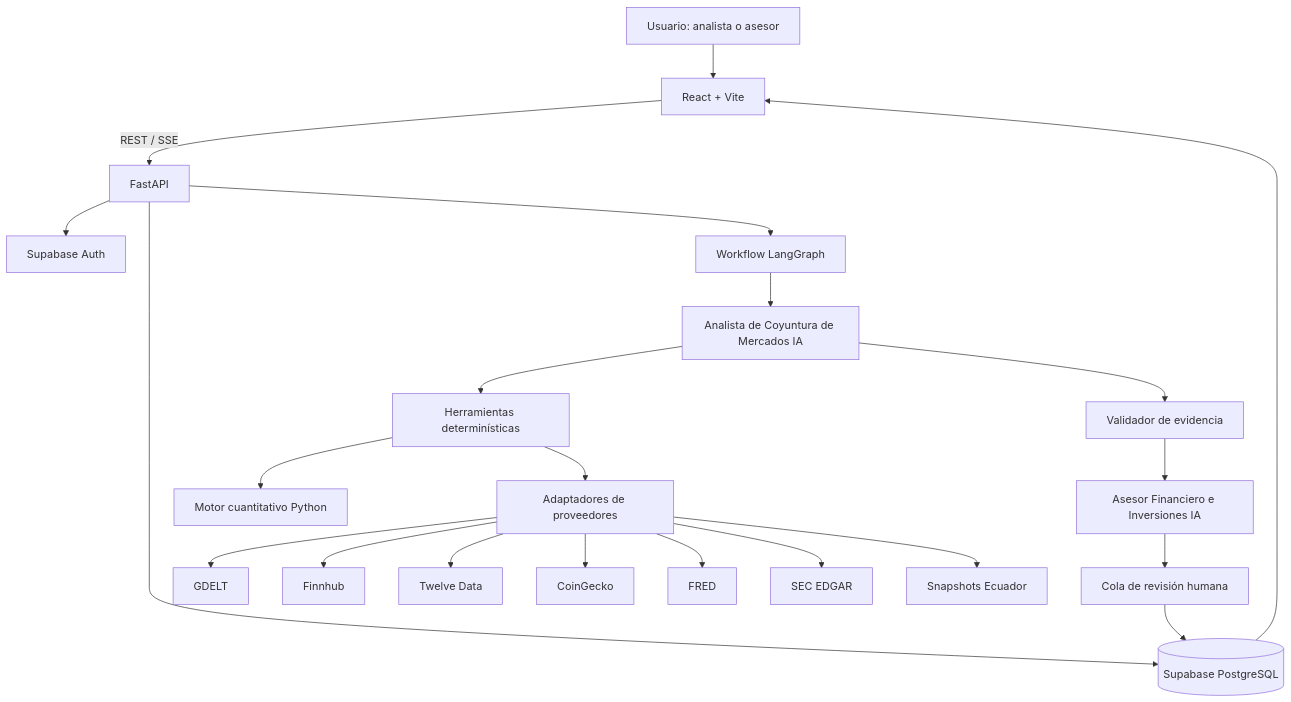
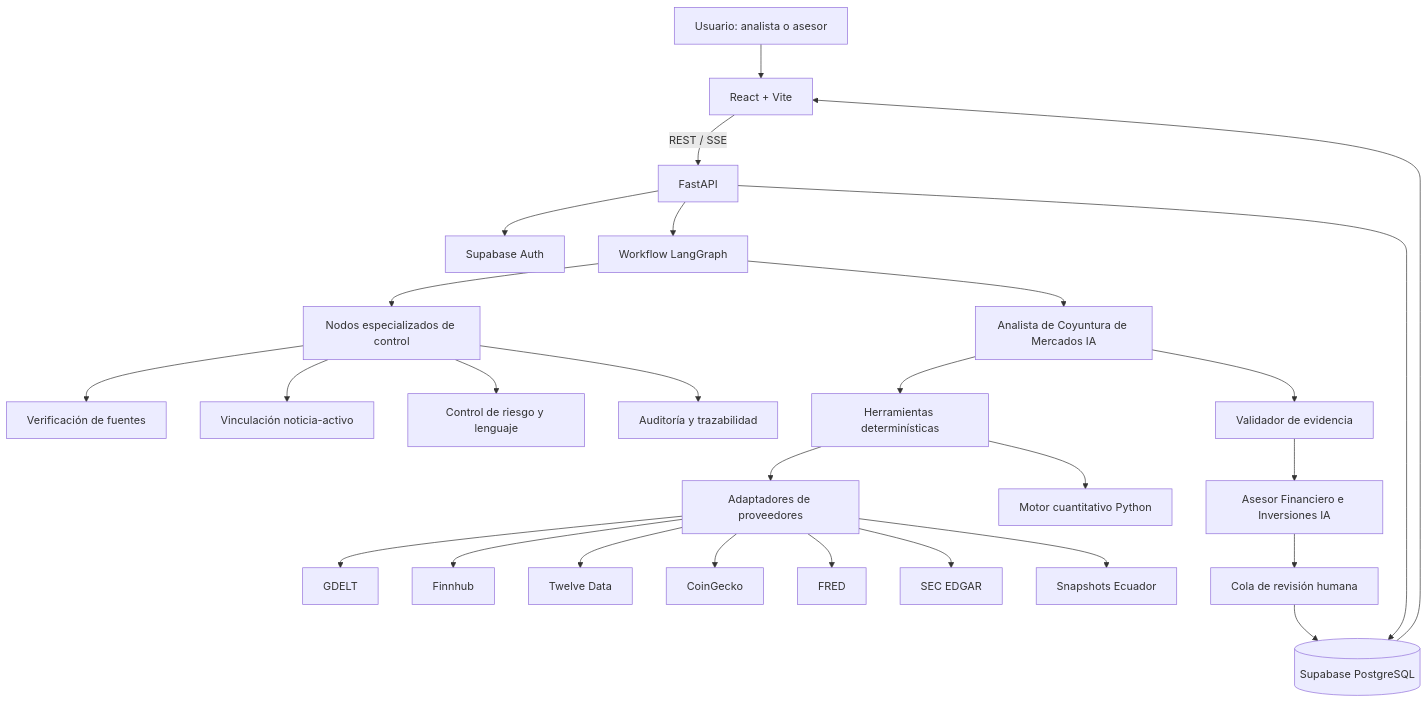
The first of 4 diagrams in docs/referencias/ARQUITECTURA_GENERAL_NexoMercado_AI.md (KennyR0/Hackathon-TAWS-Track5), drawn with Mermaid before and after one commit. The commit also changed other lines of this file and 1 other file, not shown here.

````diff
--- a/docs/referencias/ARQUITECTURA_GENERAL_NexoMercado_AI.md
+++ b/docs/referencias/ARQUITECTURA_GENERAL_NexoMercado_AI.md
@@ -103,28 +117,34 @@
 ```mermaid
 flowchart TB
     U[Usuario: analista o asesor] --> FE[React + Vite]
     FE -->|REST / SSE| API[FastAPI]
 
     API --> AUTH[Supabase Auth]
     API --> WF[Workflow LangGraph]
     API --> DB[(Supabase PostgreSQL)]
+
+    WF --> NODES[Nodos especializados de control]
+    NODES --> SRC[Verificación de fuentes]
+    NODES --> LINK[Vinculación noticia-activo]
+    NODES --> RISK[Control de riesgo y lenguaje]
+    NODES --> AUDIT[Auditoría y trazabilidad]
 
     WF --> A1[Analista de Coyuntura de Mercados IA]
     A1 --> TOOLS[Herramientas determinísticas]
     TOOLS --> PROVIDERS[Adaptadores de proveedores]
     TOOLS --> CALC[Motor cuantitativo Python]
     A1 --> VALIDATOR[Validador de evidencia]
     VALIDATOR --> A2[Asesor Financiero e Inversiones IA]
     A2 --> REVIEW[Cola de revisión humana]
 
     PROVIDERS --> GDELT[GDELT]
     PROVIDERS --> FINNHUB[Finnhub]
     PROVIDERS --> TWELVE[Twelve Data]
     PROVIDERS --> CG[CoinGecko]
     PROVIDERS --> FRED[FRED]
     PROVIDERS --> SEC[SEC EDGAR]
     PROVIDERS --> ECU[Snapshots Ecuador]
 
     REVIEW --> DB
     DB --> FE
 ```
````
